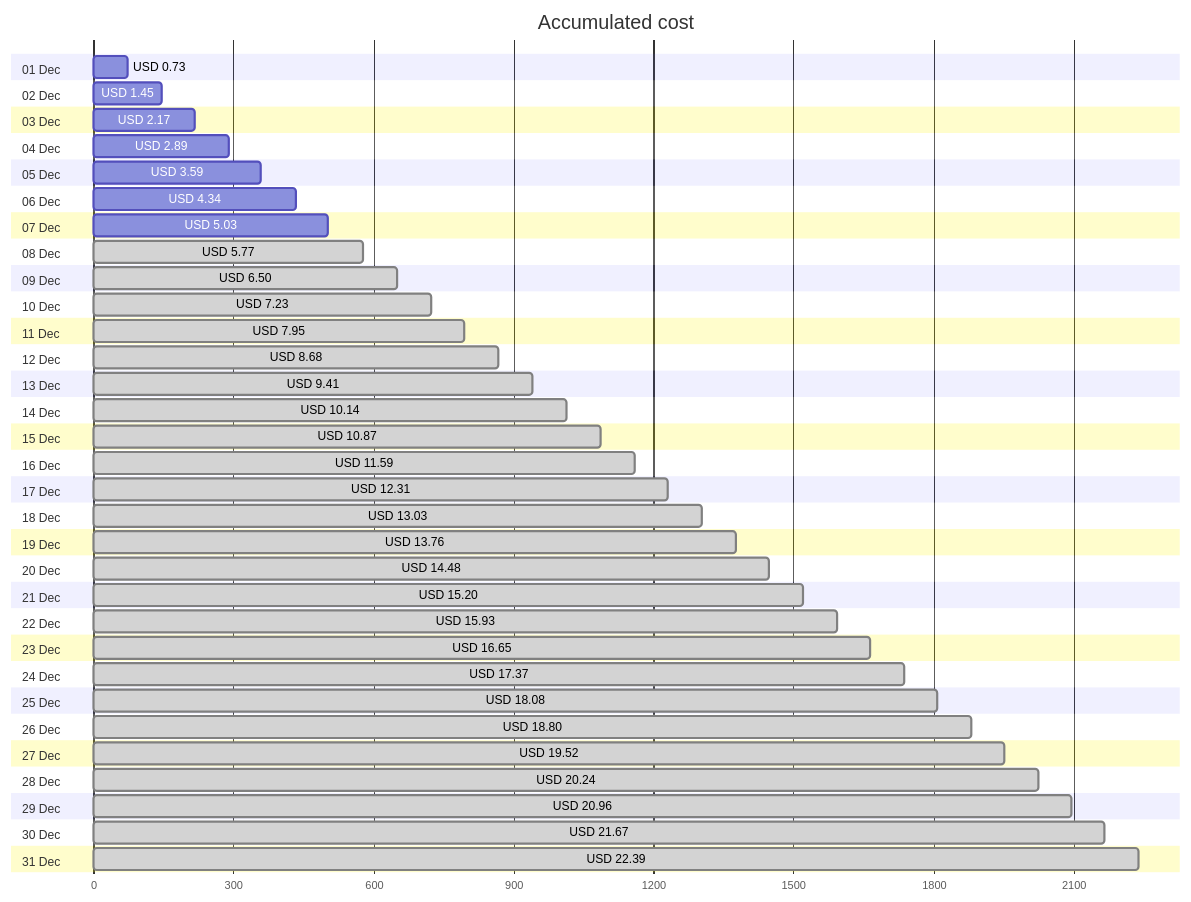
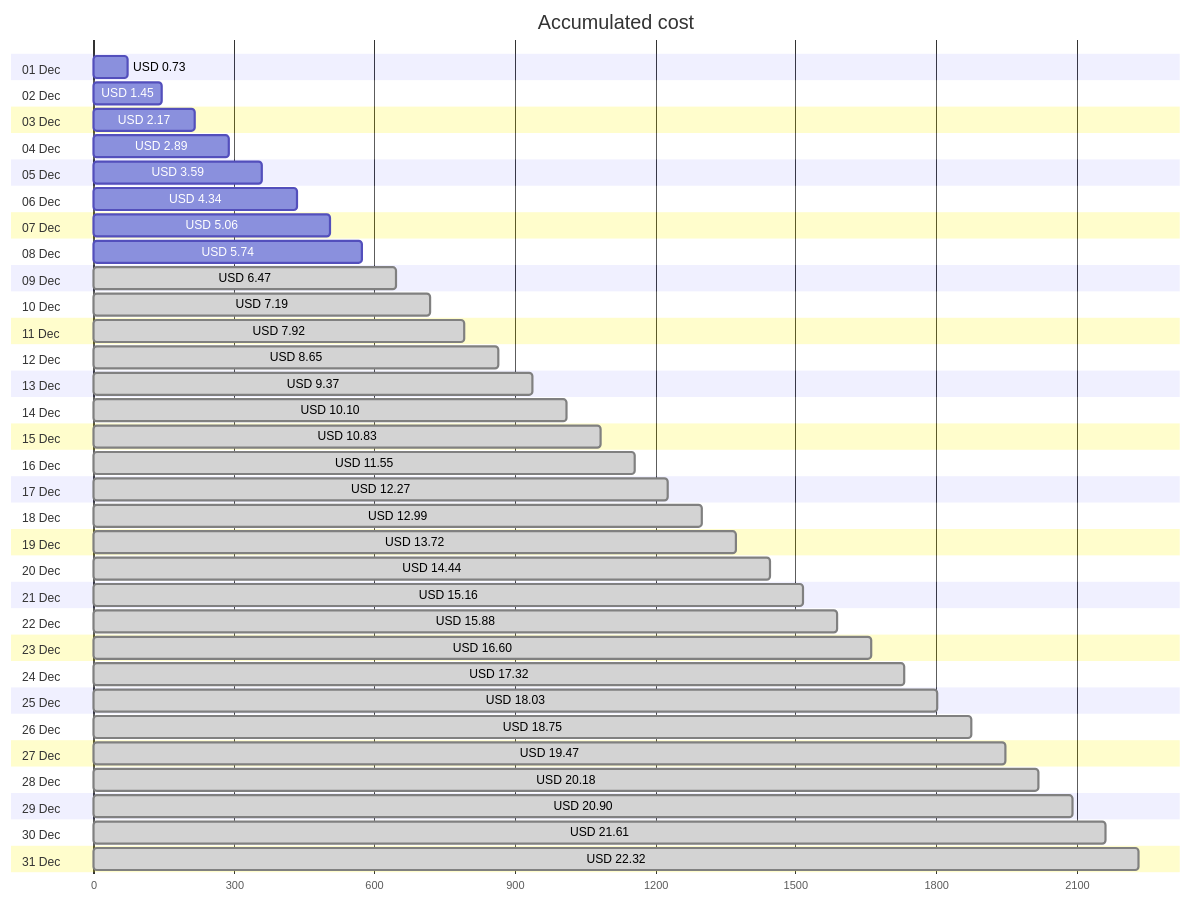
The first of 4 diagrams in cost-reports/personal-network/backup-server-data-disk.md (jpfulton/azure-personal-reports), drawn with Mermaid before and after one commit. The commit also changed other lines of this file and 8 other files, not shown here.

````diff
--- a/cost-reports/personal-network/backup-server-data-disk.md
+++ b/cost-reports/personal-network/backup-server-data-disk.md
@@ -20,68 +20,68 @@
 ```mermaid
 gantt
    title Accumulated cost
    dateFormat  X
    axisFormat %s
    section 01 Dec
    USD 0.73 :0, 73
    section 02 Dec
    USD 1.45 :0, 145
    section 03 Dec
    USD 2.17 :0, 217
    section 04 Dec
    USD 2.89 :0, 289
    section 05 Dec
    USD 3.59 :0, 359
    section 06 Dec
    USD 4.34 :0, 434
    section 07 Dec
-   USD 5.03 :0, 503
+   USD 5.06 :0, 506
    section 08 Dec
-   USD 5.77 : done, 0, 577
+   USD 5.74 :0, 574
    section 09 Dec
-   USD 6.50 : done, 0, 650
+   USD 6.47 : done, 0, 647
    section 10 Dec
-   USD 7.23 : done, 0, 723
+   USD 7.19 : done, 0, 719
    section 11 Dec
-   USD 7.95 : done, 0, 795
+   USD 7.92 : done, 0, 792
    section 12 Dec
-   USD 8.68 : done, 0, 868
+   USD 8.65 : done, 0, 865
    section 13 Dec
-   USD 9.41 : done, 0, 941
+   USD 9.37 : done, 0, 937
    section 14 Dec
-   USD 10.14 : done, 0, 1014
+   USD 10.10 : done, 0, 1010
    section 15 Dec
-   USD 10.87 : done, 0, 1087
+   USD 10.83 : done, 0, 1083
    section 16 Dec
-   USD 11.59 : done, 0, 1159
+   USD 11.55 : done, 0, 1155
    section 17 Dec
-   USD 12.31 : done, 0, 1231
+   USD 12.27 : done, 0, 1227
    section 18 Dec
-   USD 13.03 : done, 0, 1303
+   USD 12.99 : done, 0, 1299
    section 19 Dec
-   USD 13.76 : done, 0, 1376
+   USD 13.72 : done, 0, 1372
    section 20 Dec
-   USD 14.48 : done, 0, 1448
+   USD 14.44 : done, 0, 1444
    section 21 Dec
-   USD 15.20 : done, 0, 1520
+   USD 15.16 : done, 0, 1516
    section 22 Dec
-   USD 15.93 : done, 0, 1593
+   USD 15.88 : done, 0, 1588
    section 23 Dec
-   USD 16.65 : done, 0, 1665
+   USD 16.60 : done, 0, 1660
    section 24 Dec
-   USD 17.37 : done, 0, 1737
+   USD 17.32 : done, 0, 1732
    section 25 Dec
-   USD 18.08 : done, 0, 1808
+   USD 18.03 : done, 0, 1803
    section 26 Dec
-   USD 18.80 : done, 0, 1880
+   USD 18.75 : done, 0, 1875
    section 27 Dec
-   USD 19.52 : done, 0, 1952
+   USD 19.47 : done, 0, 1947
    section 28 Dec
-   USD 20.24 : done, 0, 2024
+   USD 20.18 : done, 0, 2018
    section 29 Dec
-   USD 20.96 : done, 0, 2096
+   USD 20.90 : done, 0, 2090
    section 30 Dec
-   USD 21.67 : done, 0, 2167
+   USD 21.61 : done, 0, 2161
    section 31 Dec
-   USD 22.39 : done, 0, 2239
+   USD 22.32 : done, 0, 2232
 ```
````
